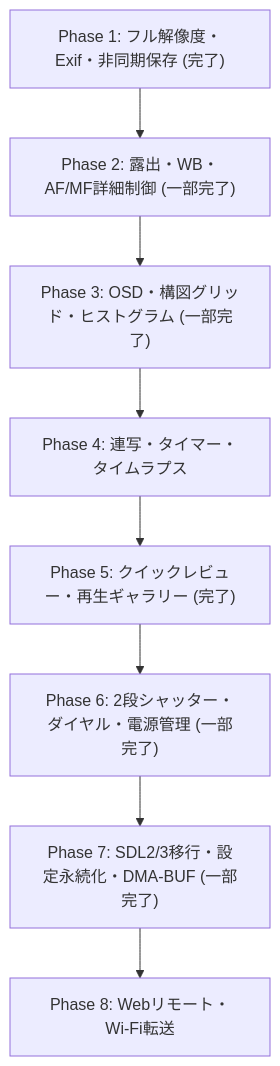
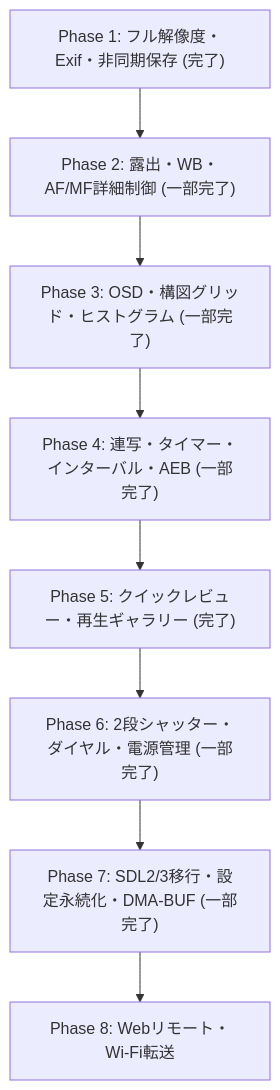
Before and after one commit to sa-y/RubusCam: the diagram in docs/TODO.md, drawn with Mermaid. The commit also changed other lines of this file and 9 other files, not shown here.

````diff
--- a/docs/TODO.md
+++ b/docs/TODO.md
@@ -26,10 +26,10 @@
 ```mermaid
 graph TD
     P1["Phase 1: フル解像度・Exif・非同期保存 (完了)"] --> P2["Phase 2: 露出・WB・AF/MF詳細制御 (一部完了)"]
     P2 --> P3["Phase 3: OSD・構図グリッド・ヒストグラム (一部完了)"]
-    P3 --> P4["Phase 4: 連写・タイマー・タイムラプス"]
+    P3 --> P4["Phase 4: 連写・タイマー・インターバル・AEB (一部完了)"]
     P4 --> P5["Phase 5: クイックレビュー・再生ギャラリー (完了)"]
     P5 --> P6["Phase 6: 2段シャッター・ダイヤル・電源管理 (一部完了)"]
     P6 --> P7["Phase 7: SDL2/3移行・設定永続化・DMA-BUF (一部完了)"]
     P7 --> P8["Phase 8: Webリモート・Wi-Fi転送"]
 ```
````
